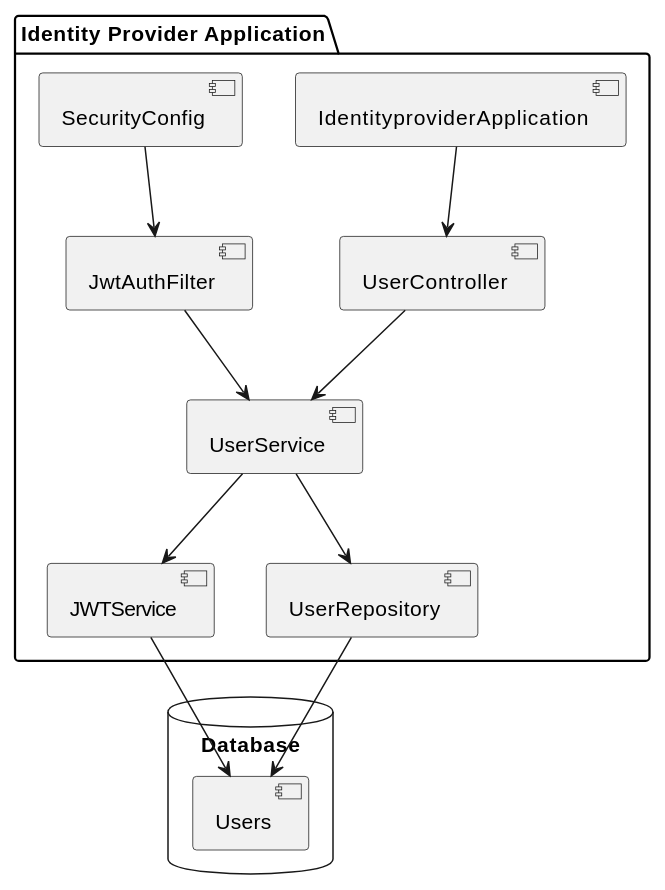
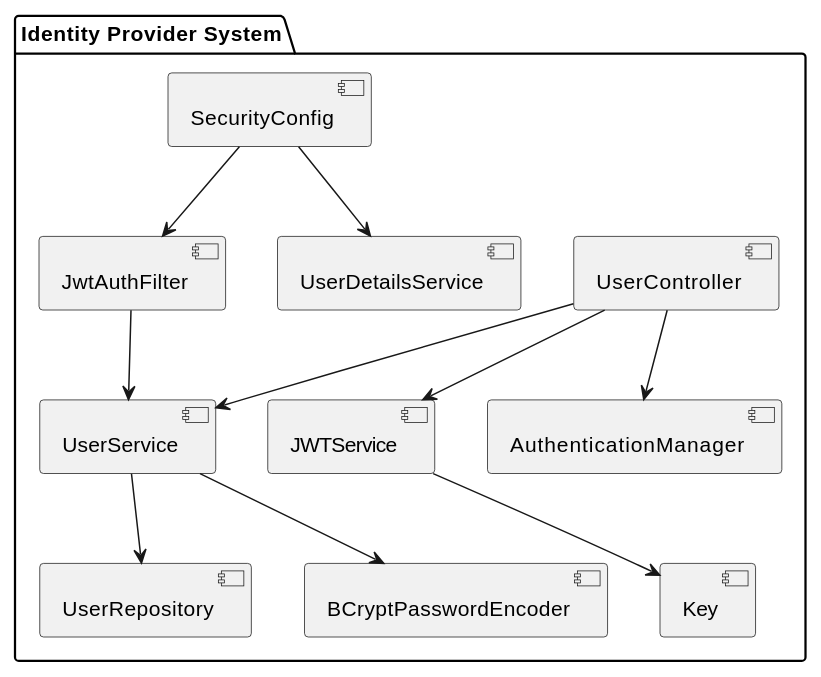
One commit to Dinesh-s95/AutoDoc.ai changed the diagram in identityprovider/documentation/architecturedesign.adoc. Above: the diagram before and after it, drawn with PlantUML. The commit also changed other lines of this file and 23 other files, not shown here.

```diff
--- a/identityprovider/documentation/architecturedesign.adoc
+++ b/identityprovider/documentation/architecturedesign.adoc
@@ -9,28 +7,17 @@
-[plantuml, "system-architecture", png]
+[plantuml, system_architecture]
 ----
 @startuml
-package "Identity Provider Application" {
-    [IdentityproviderApplication] as app
-    [UserController] as controller
-    [UserService] as service
-    [JWTService] as jwt
-    [UserRepository] as repo
-    [SecurityConfig] as security
-    [JwtAuthFilter] as filter
+package "Identity Provider System" {
+  [UserController] --> [UserService]
+  [UserController] --> [JWTService]
+  [UserController] --> [AuthenticationManager]
+  [UserService] --> [UserRepository]
+  [UserService] --> [BCryptPasswordEncoder]
+  [JWTService] --> [Key]
+  [JwtAuthFilter] --> [UserService]
+  [SecurityConfig] --> [JwtAuthFilter]
+  [SecurityConfig] --> [UserDetailsService]
 }
-
-database "Database" {
-    [Users]
-}
-
-app --> controller
-controller --> service
-service --> jwt
-service --> repo
-repo --> [Users]
-jwt --> [Users]
-security --> filter
-filter --> service
 
 @enduml
 ----
```
